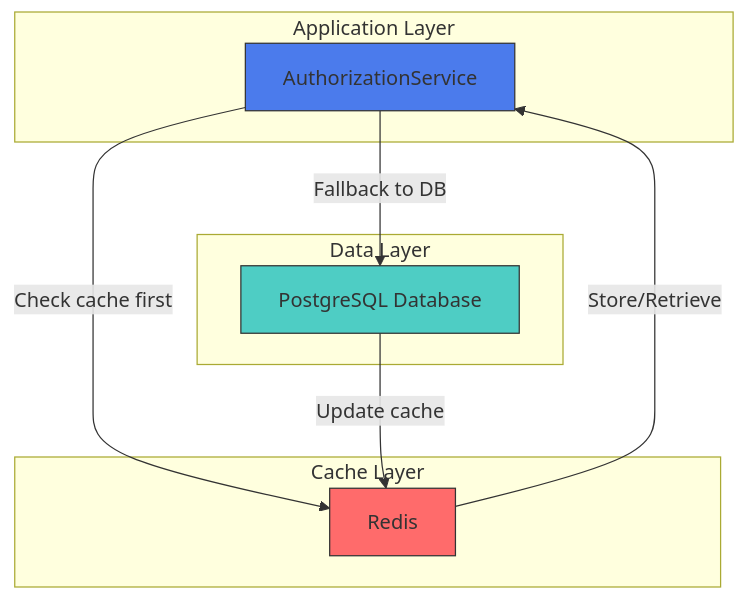
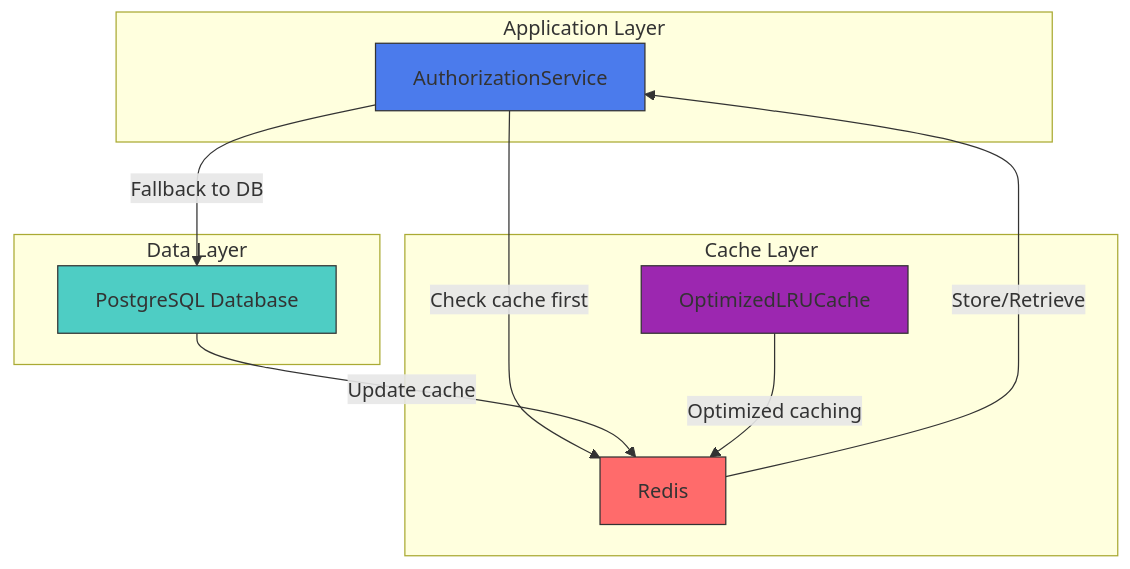
One commit to smedrec/smart-logs changed the first of 4 diagrams in .qoder/repowiki/en/content/Authorization Layer Caching.md. Above: the diagram before and after it, drawn with Mermaid. The commit also changed other lines of this file and 23 other files, not shown here.

````diff
--- a/.qoder/repowiki/en/content/Authorization Layer Caching.md
+++ b/.qoder/repowiki/en/content/Authorization Layer Caching.md
@@ -32,19 +45,22 @@
 ```mermaid
 graph TB
 subgraph "Application Layer"
 A[AuthorizationService]
 end
 subgraph "Cache Layer"
 B[Redis]
+C[OptimizedLRUCache]
 end
 subgraph "Data Layer"
-C[PostgreSQL Database]
+D[PostgreSQL Database]
 end
 A --> |Check cache first| B
-A --> |Fallback to DB| C
+A --> |Fallback to DB| D
 B --> |Store/Retrieve| A
-C --> |Update cache| B
+D --> |Update cache| B
+C --> |Optimized caching| B
 style A fill:#4B7BEC,stroke:#333
 style B fill:#FF6B6B,stroke:#333
-style C fill:#4ECDC4,stroke:#333
+style C fill:#9C27B0,stroke:#333
+style D fill:#4ECDC4,stroke:#333
 ```
````
